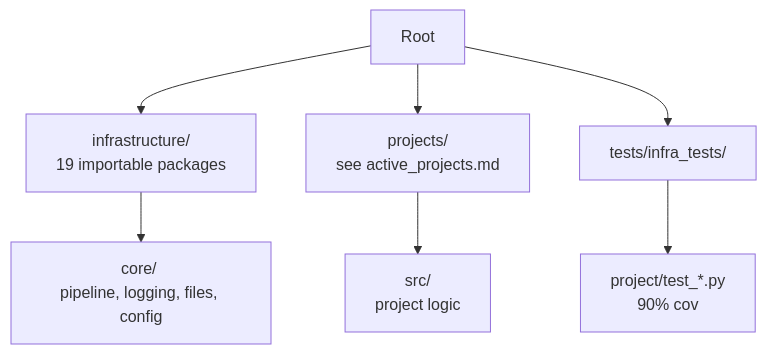
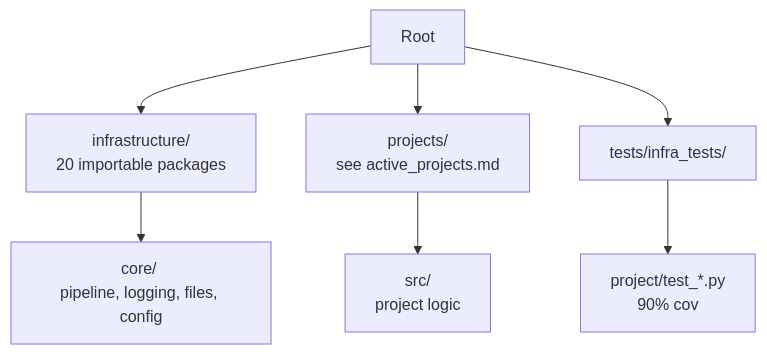
The diagram in docs/_generated/canonical_facts.md (docxology/template), drawn with Mermaid before and after one commit. The commit also changed other lines of this file and 2 other files, not shown here.

````diff
--- a/docs/_generated/canonical_facts.md
+++ b/docs/_generated/canonical_facts.md
@@ -201,9 +202,9 @@
 ```mermaid
 flowchart TD
-    Root[Root] --> Infra[infrastructure/ <br/>19 importable packages]
+    Root[Root] --> Infra[infrastructure/ <br/>20 importable packages]
     Root --> Projects[projects/ <br/>see active_projects.md]
     Root --> Tests[tests/infra_tests/]
     Infra --> Core[core/ <br/>pipeline, logging, files, config]
     Projects --> Src[src/ <br/>project logic]
     Tests --> ProjectTests[project/test_*.py <br/>90% cov]
 ```
````
